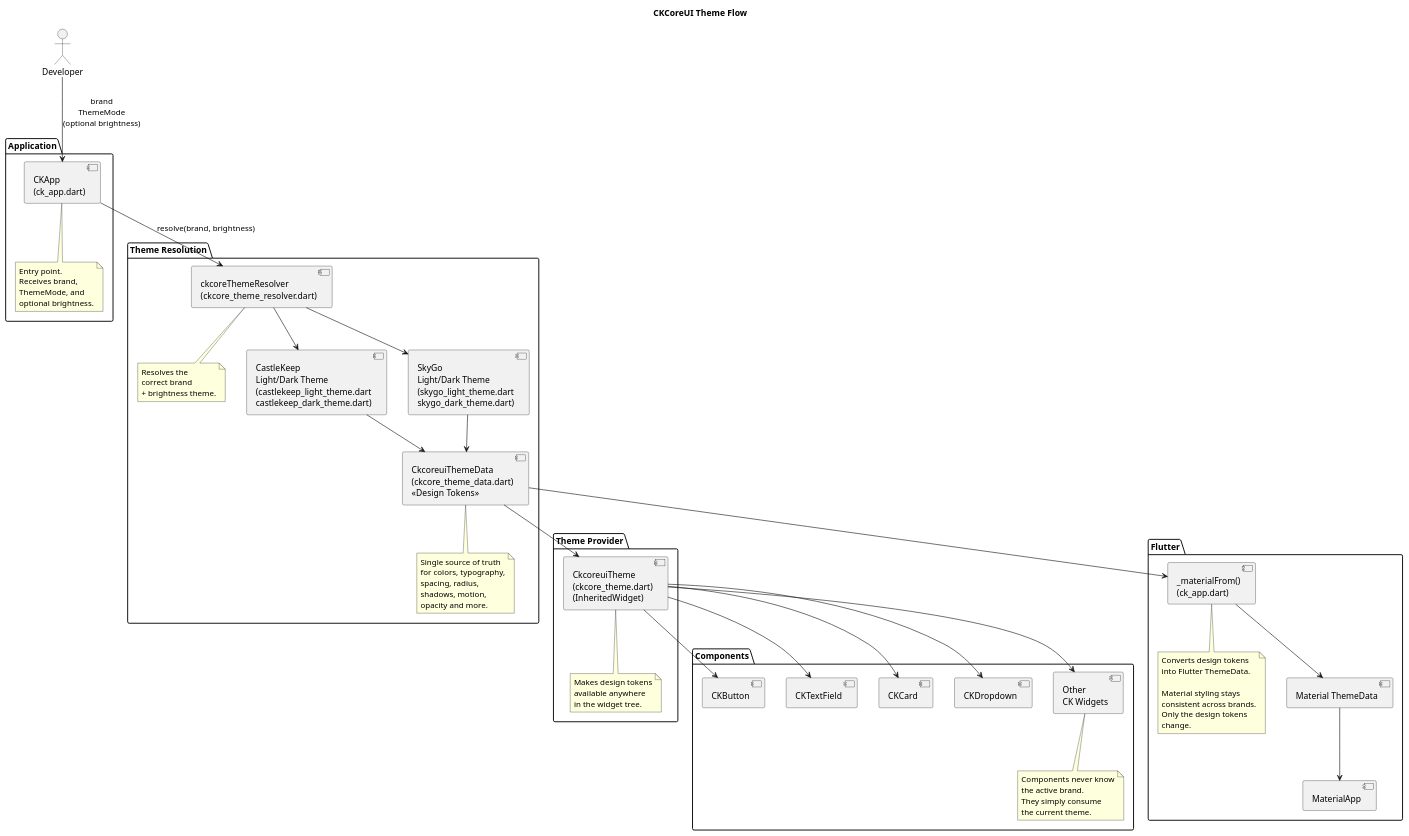
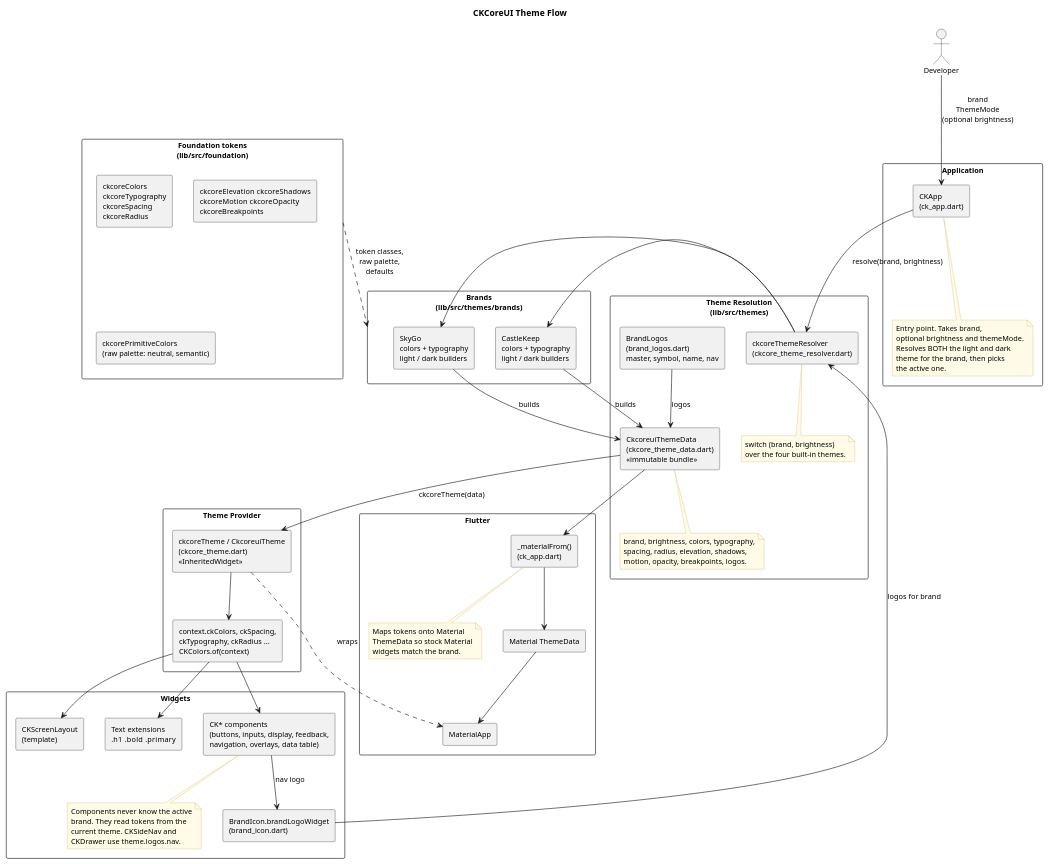
One commit to castle-keep/ckgoc_core changed the diagram in doc/architecture_theme.puml. Above: the diagram before and after it, drawn with PlantUML. The commit also changed 42 other files, not shown here.

Commit message:
feat: brand logos on theme, side nav menu fix, docs/CI/tests overhaul, bump to 0.7.0

```diff
--- a/doc/architecture_theme.puml
+++ b/doc/architecture_theme.puml
@@ -1,102 +1,106 @@
-@startuml
+@startuml architecture_theme
 title CKCoreUI Theme Flow
+skinparam shadowing false
+skinparam defaultFontSize 12
+skinparam componentStyle rectangle
+skinparam noteBackgroundColor #FFFBE6
+skinparam noteBorderColor #C9B458
+skinparam packageStyle rectangle
 
 actor Developer
 
 package "Application" {
     component "CKApp\n(ck_app.dart)" as CKApp
     note bottom of CKApp
-      Entry point.
-      Receives brand,
-      ThemeMode, and
-      optional brightness.
+      Entry point. Takes brand,
+      optional brightness and themeMode.
+      Resolves BOTH the light and dark
+      theme for the brand, then picks
+      the active one.
     end note
 }
 
-package "Theme Resolution" {
+package "Foundation tokens\n(lib/src/foundation)" as Foundation {
+    component "ckcoreColors\nckcoreTypography\nckcoreSpacing\nckcoreRadius" as TokensA
+    component "ckcoreElevation  ckcoreShadows\nckcoreMotion  ckcoreOpacity\nckcoreBreakpoints" as TokensB
+    component "ckcorePrimitiveColors\n(raw palette: neutral, semantic)" as Primitives
+}
+
+package "Brands\n(lib/src/themes/brands)" as Brands {
+    component "CastleKeep\ncolors + typography\nlight / dark builders" as Castle
+    component "SkyGo\ncolors + typography\nlight / dark builders" as Sky
+}
+
+package "Theme Resolution\n(lib/src/themes)" as Resolution {
     component "ckcoreThemeResolver\n(ckcore_theme_resolver.dart)" as Resolver
     note bottom of Resolver
-      Resolves the
-      correct brand
-      + brightness theme.
+      switch (brand, brightness)
+      over the four built-in themes.
     end note
 
-    component "CastleKeep\nLight/Dark Theme\n(castlekeep_light_theme.dart\ncastlekeep_dark_theme.dart)" as Castle
+    component "CkcoreuiThemeData\n(ckcore_theme_data.dart)\n<<immutable bundle>>" as ThemeData
+    note bottom of ThemeData
+      brand, brightness, colors, typography,
+      spacing, radius, elevation, shadows,
+      motion, opacity, breakpoints, logos.
+    end note
 
-    component "SkyGo\nLight/Dark Theme\n(skygo_light_theme.dart\nskygo_dark_theme.dart)" as Sky
-
-    component "CkcoreuiThemeData\n(ckcore_theme_data.dart)\n<<Design Tokens>>" as ThemeData
-    note bottom of ThemeData
-      Single source of truth
-      for colors, typography,
-      spacing, radius,
-      shadows, motion,
-      opacity and more.
-    end note
+    component "BrandLogos\n(brand_logos.dart)\nmaster, symbol, name, nav" as Logos
 }
 
 package "Theme Provider" {
-    component "CkcoreuiTheme\n(ckcore_theme.dart)\n(InheritedWidget)" as Provider
-    note bottom of Provider
-      Makes design tokens
-      available anywhere
-      in the widget tree.
-    end note
+    component "ckcoreTheme / CkcoreuiTheme\n(ckcore_theme.dart)\n<<InheritedWidget>>" as Provider
+    component "context.ckColors, ckSpacing,\nckTypography, ckRadius ...\nCKColors.of(context)" as Access
 }
 
 package "Flutter" {
-
     component "_materialFrom()\n(ck_app.dart)" as MaterialBuilder
     note bottom of MaterialBuilder
-      Converts design tokens
-      into Flutter ThemeData.
-
-      Material styling stays
-      consistent across brands.
-      Only the design tokens
-      change.
+      Maps tokens onto Material
+      ThemeData so stock Material
+      widgets match the brand.
     end note
-
     component "Material ThemeData" as MaterialTheme
     component MaterialApp
 }
 
-package "Components" {
-    component CKButton
-    component CKTextField
-    component CKCard
-    component CKDropdown
-    component "Other\nCK Widgets" as OtherWidgets
+package "Widgets" {
+    component "CK* components\n(buttons, inputs, display, feedback,\nnavigation, overlays, data table)" as Components
+    component "CKScreenLayout\n(template)" as Layout
+    component "Text extensions\n.h1  .bold  .primary" as TextExt
+    component "BrandIcon.brandLogoWidget\n(brand_icon.dart)" as BrandIcon
 
-    note bottom
-      Components never know
-      the active brand.
-      They simply consume
-      the current theme.
+    note bottom of Components
+      Components never know the active
+      brand. They read tokens from the
+      current theme. CKSideNav and
+      CKDrawer use theme.logos.nav.
     end note
 }
 
 Developer --> CKApp : brand\nThemeMode\n(optional brightness)
-
 CKApp --> Resolver : resolve(brand, brightness)
 
 Resolver --> Castle
 Resolver --> Sky
 
-Castle --> ThemeData
-Sky --> ThemeData
+Foundation ..> Brands : token classes,\nraw palette,\ndefaults
 
-ThemeData --> Provider
+Castle --> ThemeData : builds
+Sky --> ThemeData : builds
+Logos --> ThemeData : logos
 
+ThemeData --> Provider : ckcoreTheme(data)
 ThemeData --> MaterialBuilder
 MaterialBuilder --> MaterialTheme
+MaterialTheme --> MaterialApp
+Provider ..> MaterialApp : wraps
 
-MaterialTheme --> MaterialApp
+Provider --> Access
+Access --> Components
+Access --> Layout
+Access --> TextExt
 
-Provider --> CKButton
-Provider --> CKTextField
-Provider --> CKCard
-Provider --> CKDropdown
-Provider --> OtherWidgets
-
+Components --> BrandIcon : nav logo
+BrandIcon --> Resolver : logos for brand
 @enduml
```
